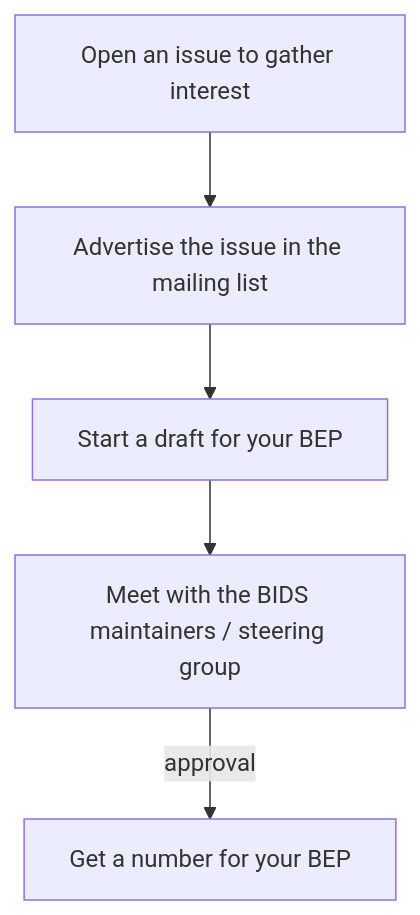
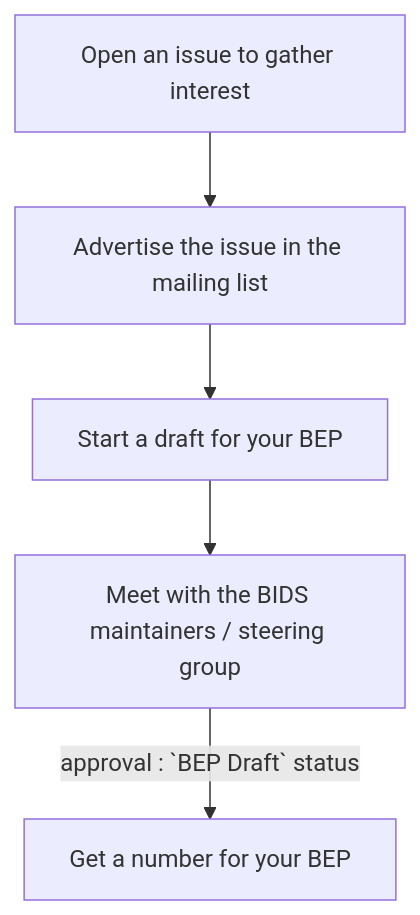
The sixth of 6 diagrams in docs/extensions/process.md (bids-standard/bids-website), drawn with Mermaid before and after one commit. The commit also changed other lines of this file and 1 other file, not shown here.

Commit message:
BEP Process WG updates (#831)

````diff
--- a/docs/extensions/process.md
+++ b/docs/extensions/process.md
@@ -190,14 +207,14 @@
 ```mermaid
 flowchart TD
 
 Open_BEP_issue["Open an issue to gather interest"]
 Post_mailing_list["Advertise the issue in the mailing list"]
 BEP_draft["Start a draft for your BEP"]
 Meet_the_team["Meet with the BIDS maintainers / steering group"]
 Official_BEP["Get a number for your BEP"]
 
 Open_BEP_issue --> Post_mailing_list
 Post_mailing_list --> BEP_draft
 BEP_draft --> Meet_the_team
-Meet_the_team -- approval --> Official_BEP
+Meet_the_team -- approval : `BEP Draft` status --> Official_BEP
 ```
````
